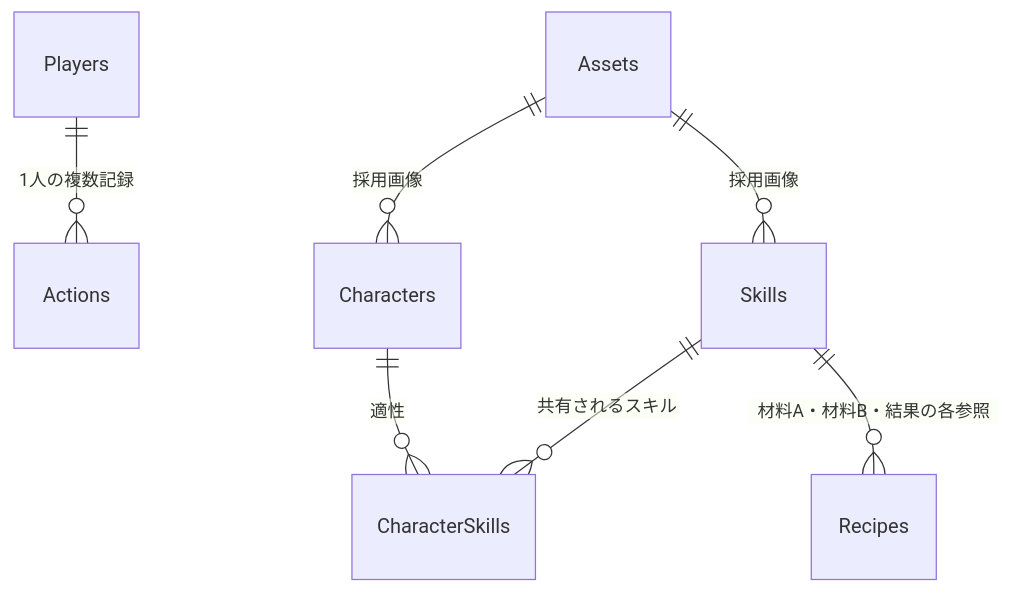
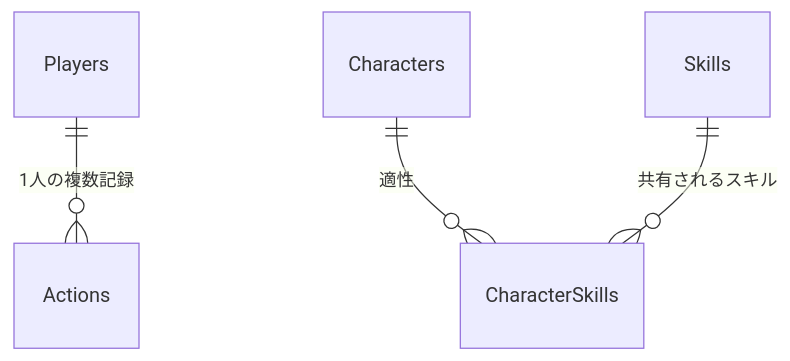
The diagram in docs/05_data_model.md (kurosawa-kuro/skill-janken), drawn with Mermaid before and after one commit. The commit also changed other lines of this file and 21 other files, not shown here.

````diff
--- a/docs/05_data_model.md
+++ b/docs/05_data_model.md
@@ -103,9 +95,6 @@
 ```mermaid
 erDiagram
     Players ||--o{ Actions : "1人の複数記録"
     Characters ||--o{ CharacterSkills : "適性"
     Skills ||--o{ CharacterSkills : "共有されるスキル"
-    Assets ||--o{ Characters : "採用画像"
-    Assets ||--o{ Skills : "採用画像"
-    Skills ||--o{ Recipes : "材料A・材料B・結果の各参照"
 ```
````
